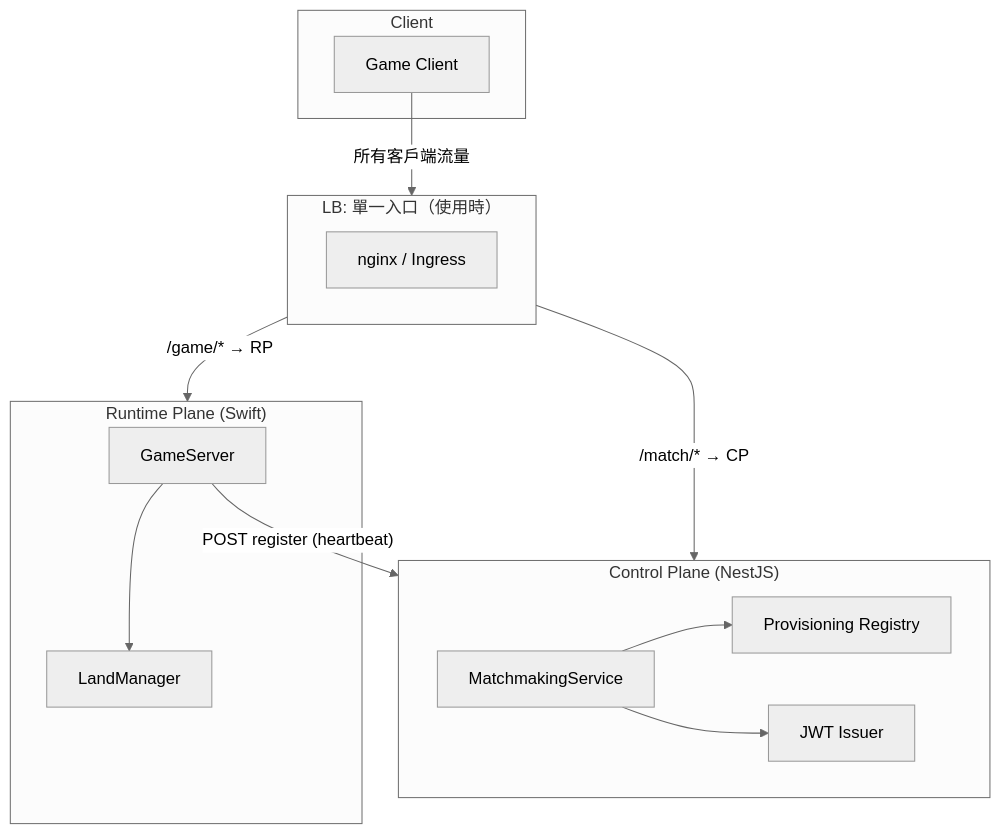
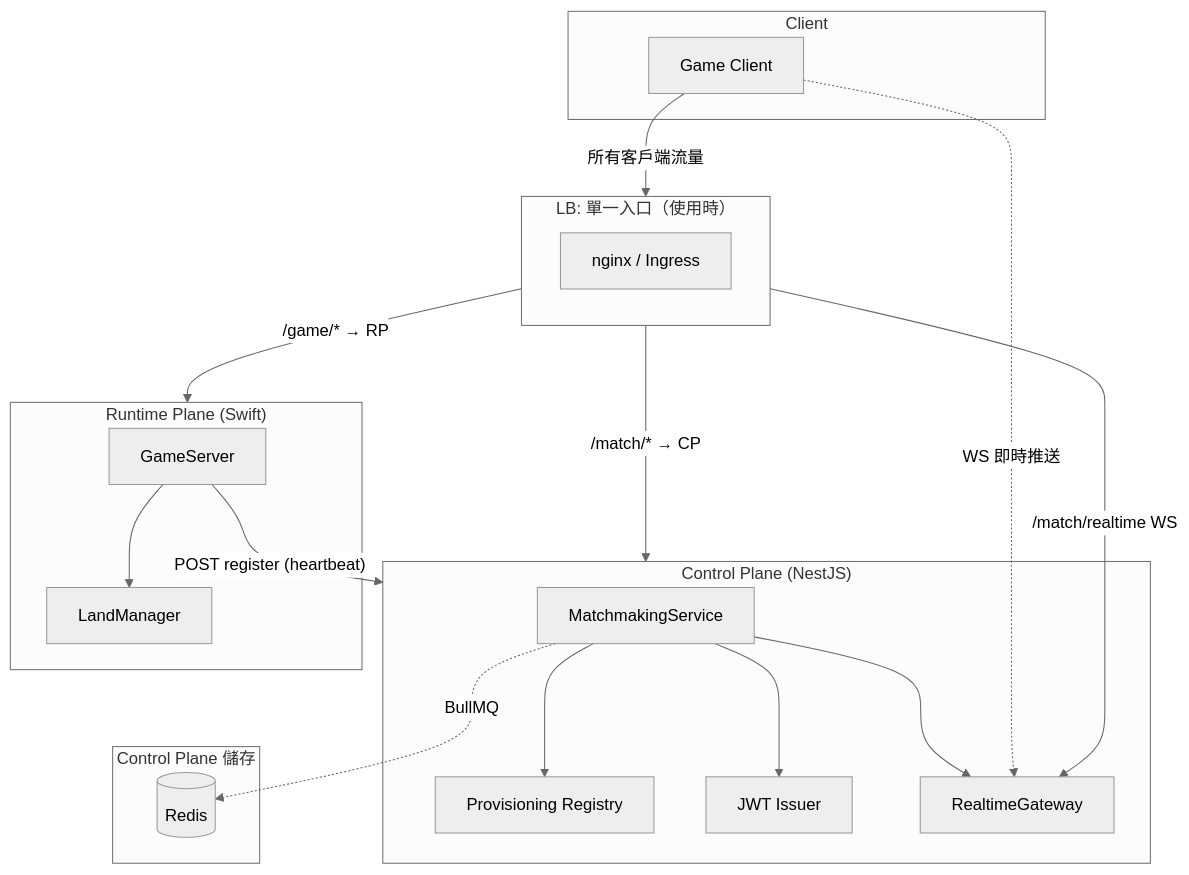
The first of 2 diagrams in docs/matchmaking-two-plane.zh-TW.md (gmliao/swift-state-tree), drawn with Mermaid (neutral theme) before and after one commit. The commit also changed other lines of this file and 155 other files, not shown here.

First line of the commit message:
feat(control-plane): consolidate matchmaking, add node inbox e2e tests

````diff
--- a/docs/matchmaking-two-plane.zh-TW.md
+++ b/docs/matchmaking-two-plane.zh-TW.md
@@ -22,29 +22,38 @@
 ```mermaid
 flowchart TB
     subgraph Client["Client"]
         C[Game Client]
     end
 
     subgraph LB["LB: 單一入口（使用時）"]
         N[nginx / Ingress]
     end
 
     subgraph CP["Control Plane (NestJS)"]
         M[MatchmakingService]
         P[Provisioning Registry]
         J[JWT Issuer]
+        R[RealtimeGateway]
         M --> P
         M --> J
+        M --> R
+    end
+
+    subgraph CP_Storage["Control Plane 儲存"]
+        Redis[(Redis)]
+        M -.->|"BullMQ"| Redis
     end
 
     subgraph RP["Runtime Plane (Swift)"]
         G[GameServer]
         L[LandManager]
         G --> L
     end
 
     C -->|"所有客戶端流量"| LB
     LB -->|"/match/* → CP"| CP
+    LB -->|"/match/realtime WS"| R
     LB -->|"/game/* → RP"| RP
     G -->|"POST register (heartbeat)"| CP
+    C -.->|"WS 即時推送"| R
 ```
````
